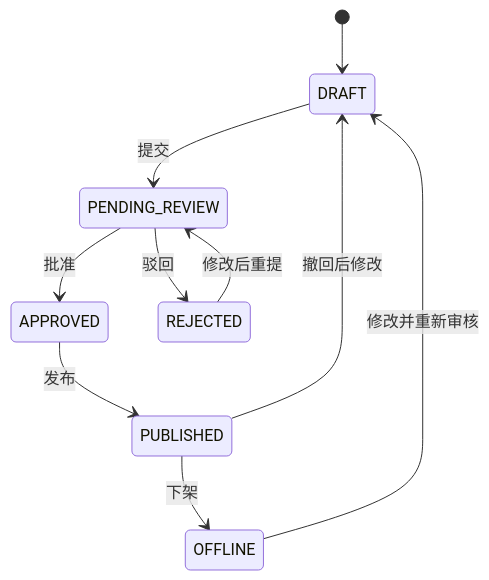
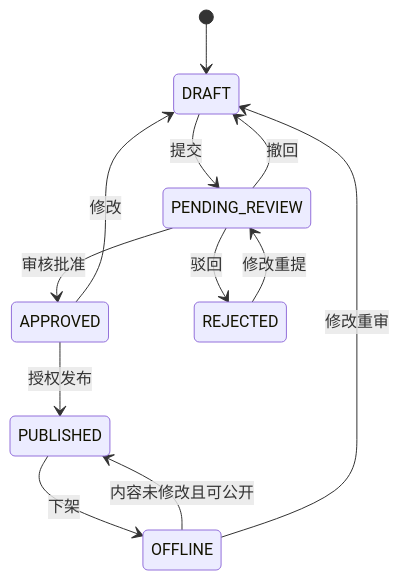
One commit to andong163/campus-lost-found-ssm changed the third of 4 diagrams in docs/architecture.md. Above: the diagram before and after it, drawn with Mermaid. The commit also changed other lines of this file and 44 other files, not shown here.

````diff
--- a/docs/architecture.md
+++ b/docs/architecture.md
@@ -36,12 +38,14 @@
 ```mermaid
 stateDiagram-v2
   [*] --> DRAFT
   DRAFT --> PENDING_REVIEW: 提交
-  PENDING_REVIEW --> APPROVED: 批准
+  PENDING_REVIEW --> DRAFT: 撤回
+  PENDING_REVIEW --> APPROVED: 审核批准
   PENDING_REVIEW --> REJECTED: 驳回
-  REJECTED --> PENDING_REVIEW: 修改后重提
-  APPROVED --> PUBLISHED: 发布
+  REJECTED --> PENDING_REVIEW: 修改重提
+  APPROVED --> PUBLISHED: 授权发布
+  APPROVED --> DRAFT: 修改
   PUBLISHED --> OFFLINE: 下架
-  PUBLISHED --> DRAFT: 撤回后修改
-  OFFLINE --> DRAFT: 修改并重新审核
+  OFFLINE --> PUBLISHED: 内容未修改且可公开
+  OFFLINE --> DRAFT: 修改重审
 ```
````
